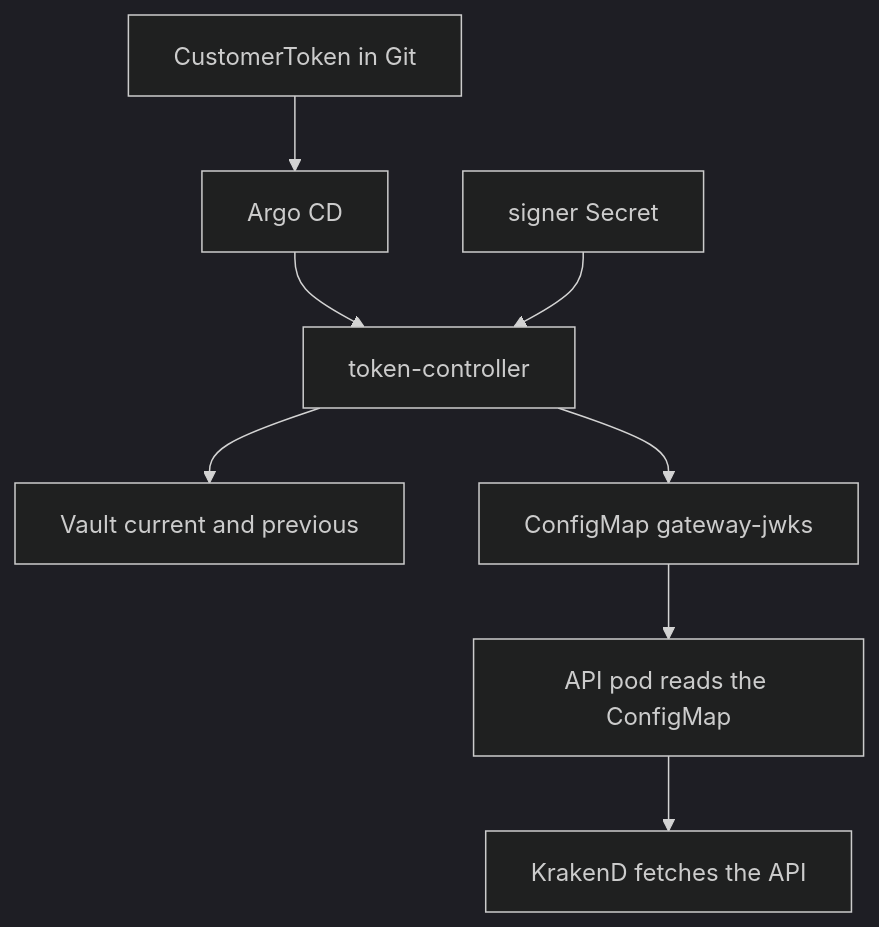
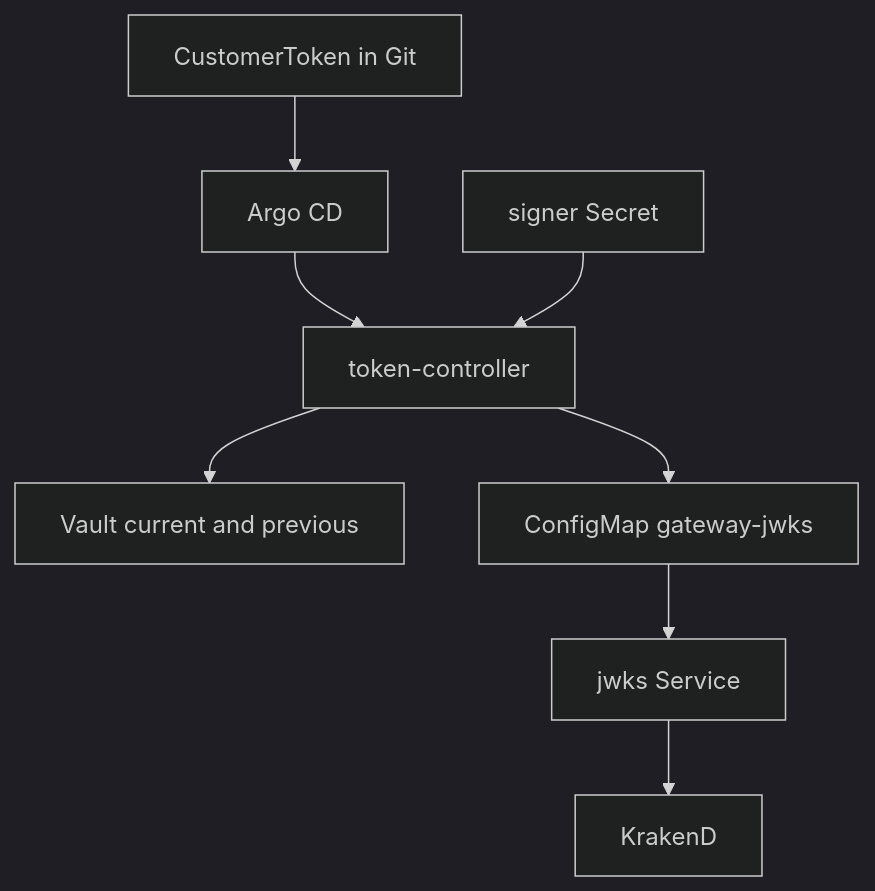
One commit to alexandrvl/local-kube changed the third of 3 diagrams in docs/gateway.md. Above: the diagram before and after it, drawn with Mermaid (dark theme). The commit also changed other lines of this file and 10 other files, not shown here.

First line of the commit message:
Serve each team's public keys from one JWKS service.

````diff
--- a/docs/gateway.md
+++ b/docs/gateway.md
@@ -67,15 +65,15 @@
 ```mermaid
 flowchart TB
   git[CustomerToken in Git]
   argo[Argo CD]
   ctl[token-controller]
   cert[signer Secret]
   vault[Vault current and previous]
   cm[ConfigMap gateway-jwks]
-  api[API pod reads the ConfigMap]
-  krd[KrakenD fetches the API]
+  jwks[jwks Service]
+  krd[KrakenD]
   git --> argo --> ctl
   cert --> ctl
   ctl --> vault
-  ctl --> cm --> api --> krd
+  ctl --> cm --> jwks --> krd
 ```
````
